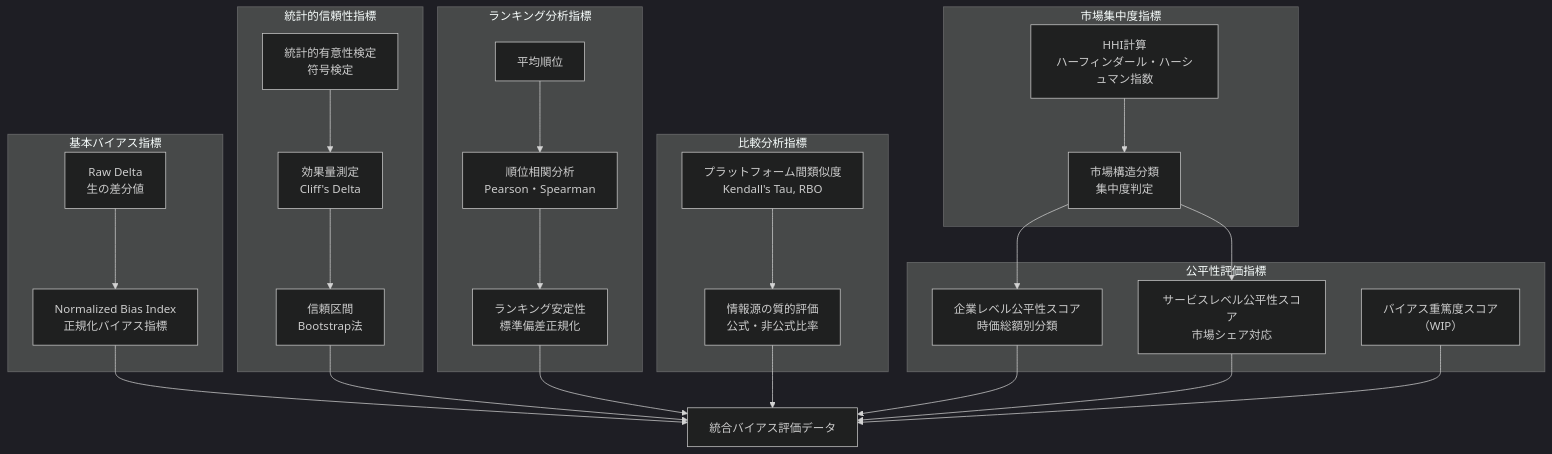
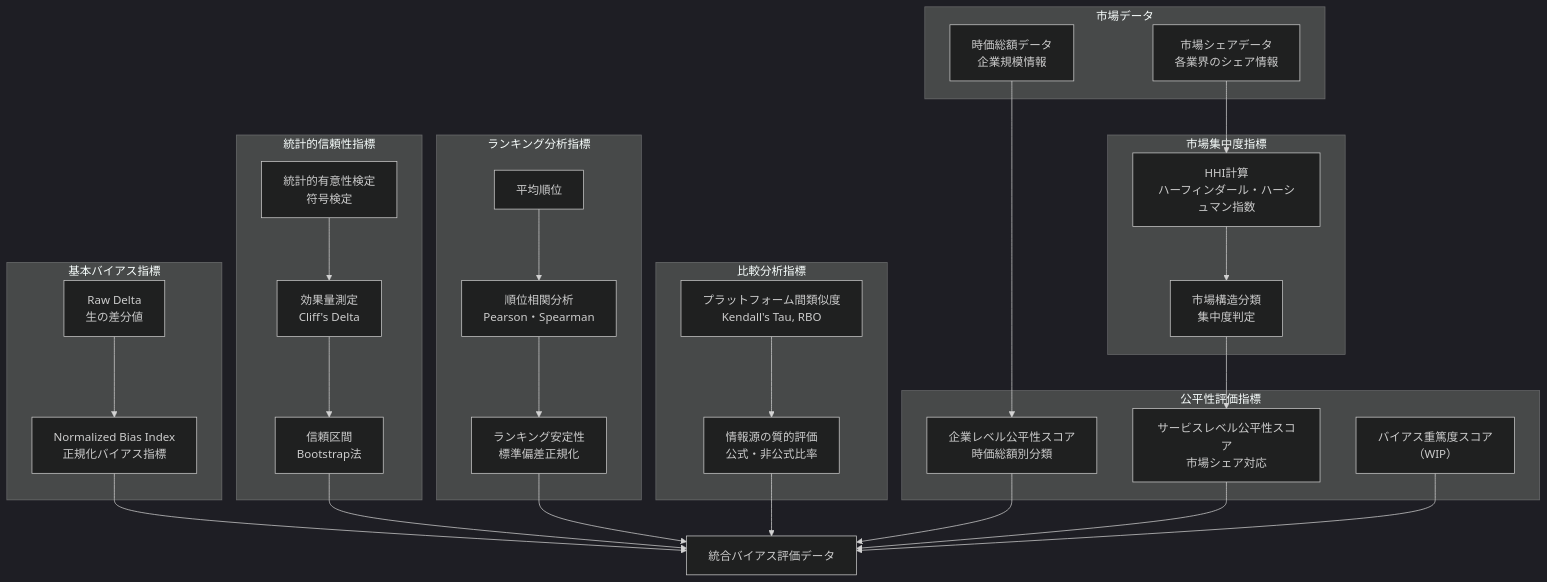
Before and after one commit to Naoya-Yasuda/corporate_bias_study: the third of 5 diagrams in docs/cyber_university/システムアーキテクチャ図.md, drawn with Mermaid (dark theme). The commit also changed 1 other file, not shown here.

Commit message:
バイアス評価指標体系図に市場データのサブグラフを追加し、HHI計算の接続を修正しました。また、第6章にAI検索サービスへの拡張に関する重要な課題を追加し、研究の一般化可能性を強調しました。

````diff
--- a/docs/cyber_university/システムアーキテクチャ図.md
+++ b/docs/cyber_university/システムアーキテクチャ図.md
@@ -98,40 +98,46 @@
 ```mermaid
 graph TD
     subgraph "基本バイアス指標"
         A[Raw Delta<br/>生の差分値] --> B[Normalized Bias Index<br/>正規化バイアス指標]
     end
 
     subgraph "統計的信頼性指標"
         C[統計的有意性検定<br/>符号検定] --> D[効果量測定<br/>Cliff's Delta]
         D --> E[信頼区間<br/>Bootstrap法]
     end
 
     subgraph "ランキング分析指標"
         F[平均順位] --> G[順位相関分析<br/>Pearson・Spearman]
         G --> H[ランキング安定性<br/>標準偏差正規化]
     end
 
     subgraph "比較分析指標"
         I[プラットフォーム間類似度<br/>Kendall's Tau, RBO] --> J[情報源の質的評価<br/>公式・非公式比率]
     end
 
+    subgraph "市場データ"
+        N2[時価総額データ<br/>企業規模情報]
+        N1[市場シェアデータ<br/>各業界のシェア情報]
+    end
+
     subgraph "市場集中度指標"
-        N[HHI計算<br/>ハーフィンダール・ハーシュマン指数] --> O[市場構造分類<br/>集中度判定]
+        N1 --> O[HHI計算<br/>ハーフィンダール・ハーシュマン指数]
+        O --> O1[市場構造分類<br/>集中度判定]
     end
 
     subgraph "公平性評価指標"
         K[企業レベル公平性スコア<br/>時価総額別分類]
         L[サービスレベル公平性スコア<br/>市場シェア対応]
         M[バイアス重篤度スコア<br/>（WIP）]
     end
 
     B --> P[統合バイアス評価データ]
     E --> P
     H --> P
     J --> P
-    O --> K
-    O --> L
+    N2 --> K
+    O1 --> L
     K --> P
     L --> P
     M --> P
 ```
````
